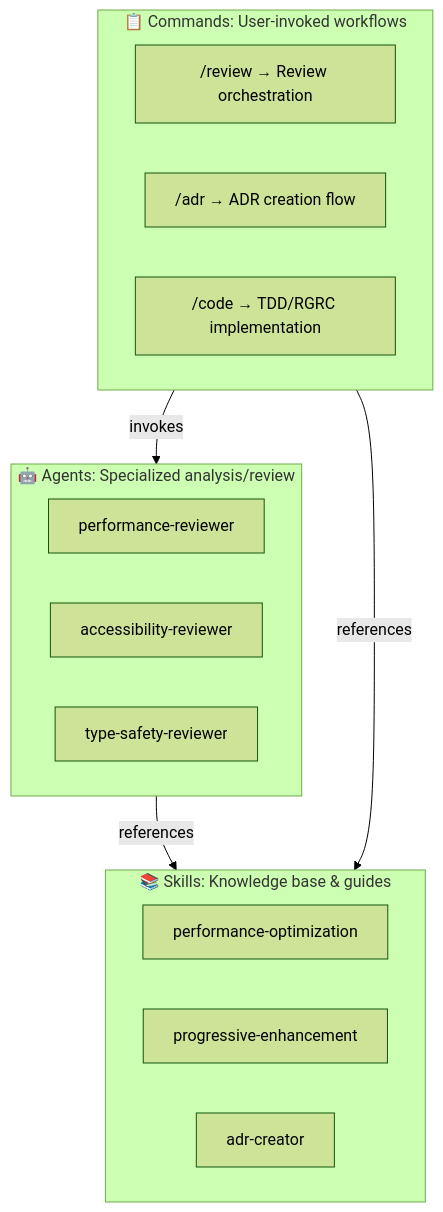
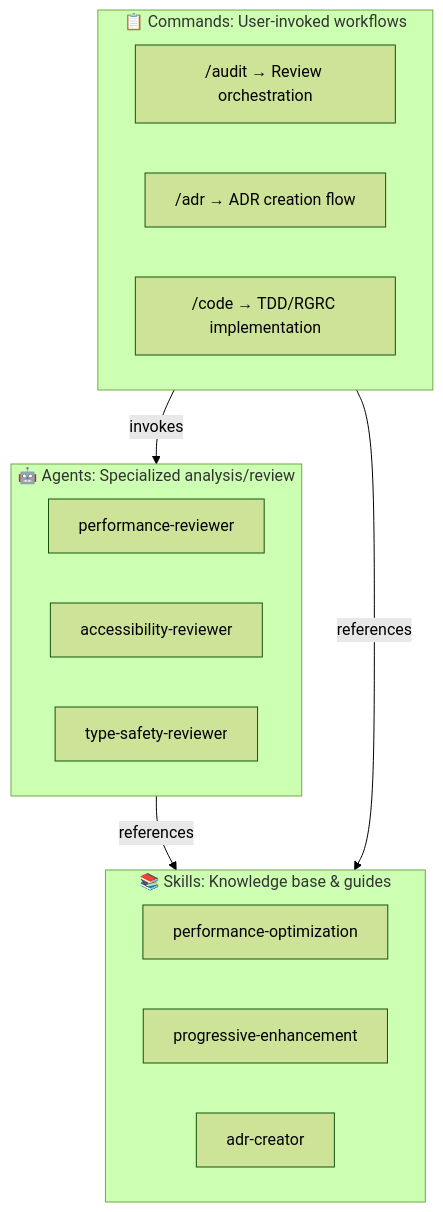
One commit to thkt/dotclaude changed the first of 2 diagrams in docs/COMMANDS.md. Above: the diagram before and after it, drawn with Mermaid (forest theme). The commit also changed other lines of this file and 68 other files, not shown here.

Commit message:
ドキュメントの更新: コードレビューオーケストレーションを「/review」から「/audit」に変更し、関連するコマンドとドキュメントを整備しました。また、新しい「audit-orchestrator」を追加し、フロントエンドコードレビューの管理を強化しました。これにより、レビューの質と効率が向上します。

````diff
--- a/docs/COMMANDS.md
+++ b/docs/COMMANDS.md
@@ -388,24 +388,24 @@
 ```mermaid
 flowchart TB
     subgraph Commands["📋 Commands: User-invoked workflows"]
-        C1["/review → Review orchestration"]
+        C1["/audit → Review orchestration"]
         C2["/adr → ADR creation flow"]
         C3["/code → TDD/RGRC implementation"]
     end
 
     subgraph Agents["🤖 Agents: Specialized analysis/review"]
         A1["performance-reviewer"]
         A2["accessibility-reviewer"]
         A3["type-safety-reviewer"]
     end
 
     subgraph Skills["📚 Skills: Knowledge base & guides"]
         S1["performance-optimization"]
         S2["progressive-enhancement"]
         S3["adr-creator"]
     end
 
     Commands -->|"invokes"| Agents
     Agents -->|"references"| Skills
     Commands -->|"references"| Skills
 ```
````
